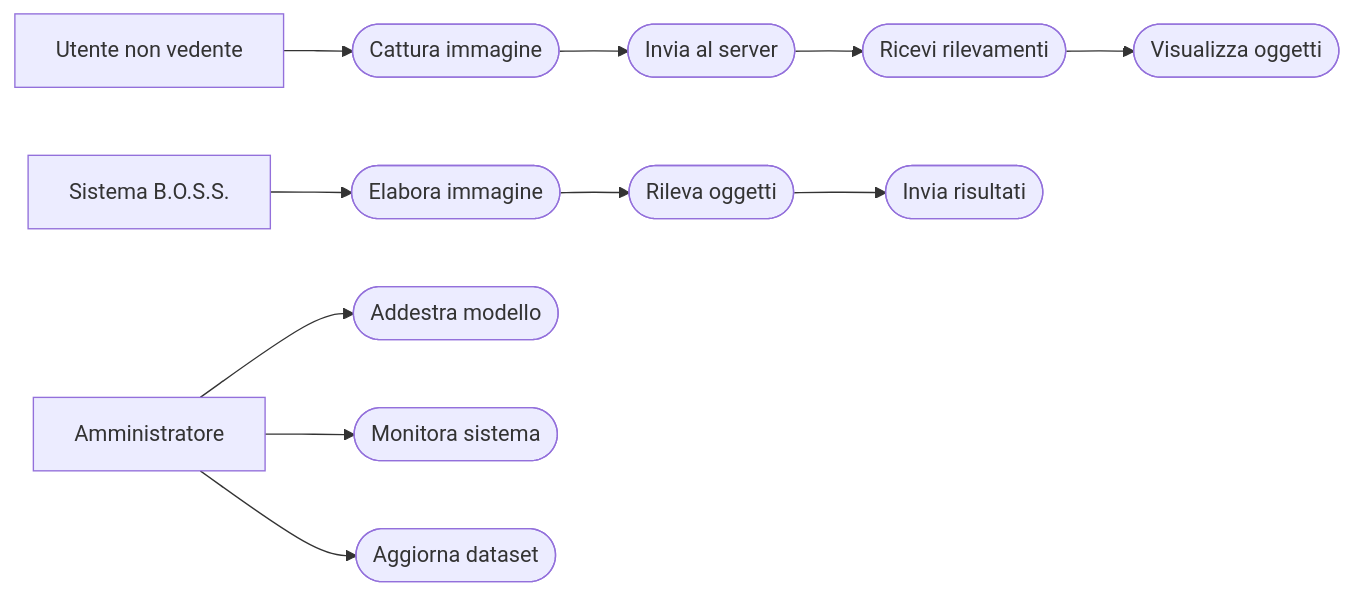
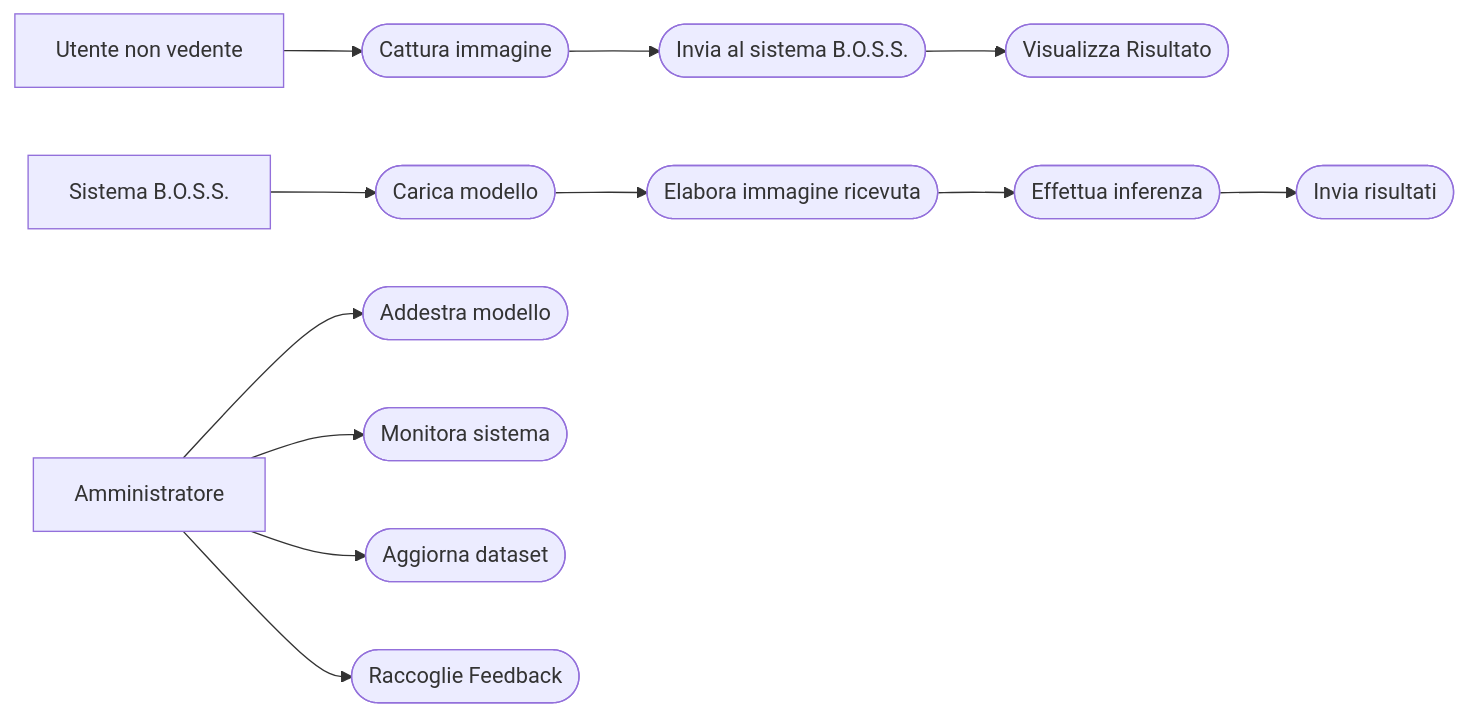
Before and after one commit to riccardosemeraro/B.O.S.S.-Branch-Bellusci-SSD300-VGG16: the fifth of 6 diagrams in README.md, drawn with Mermaid. The commit also changed other lines of this file and 2 other files, not shown here.

````diff
--- a/README.md
+++ b/README.md
@@ -449,22 +442,23 @@
 ```mermaid
 
 flowchart LR
   User[Utente non vedente]
   Admin[Amministratore]
   System[Sistema B.O.S.S.]
 
   UC1([Cattura immagine])
-  UC2([Invia al server])
-  UC3([Ricevi rilevamenti])
-  UC4([Visualizza oggetti])
+  UC2([Invia al sistema B.O.S.S.])
+  UC3([Visualizza Risultato])
 
-  UC5([Elabora immagine])
-  UC6([Rileva oggetti])
-  UC7([Invia risultati])
+  UC5([Carica modello])
+  UC6([Elabora immagine ricevuta])
+  UC7([Effettua inferenza])
+  UC8([Invia risultati])
 
-  User --> UC1 --> UC2 --> UC3 --> UC4
-  System --> UC5 --> UC6 --> UC7
+  User --> UC1 --> UC2 --> UC3
+  System --> UC5 --> UC6 --> UC7 --> UC8
   Admin --> A1([Addestra modello])
   Admin --> A2([Monitora sistema])
   Admin --> A3([Aggiorna dataset])
+  Admin --> A4([Raccoglie Feedback])
 ```
````
